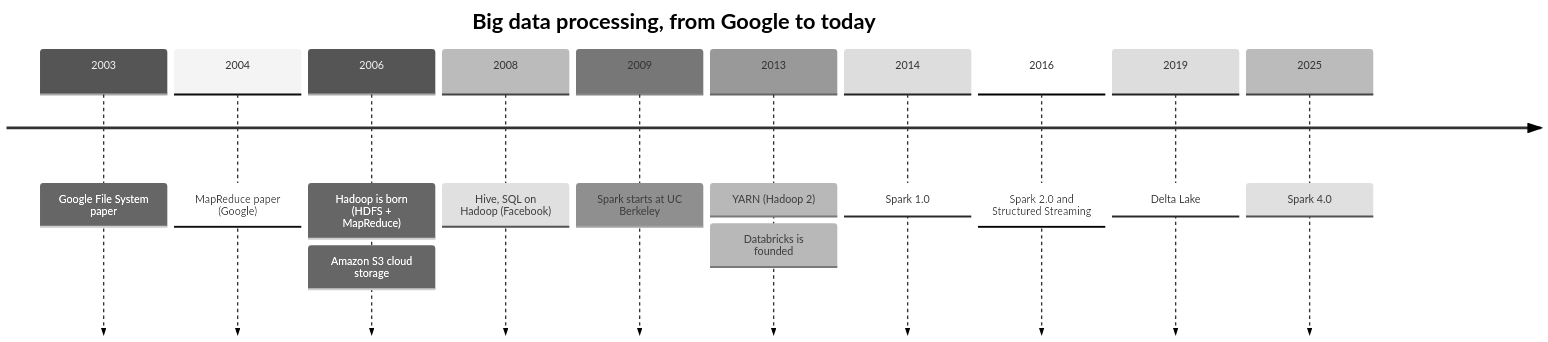
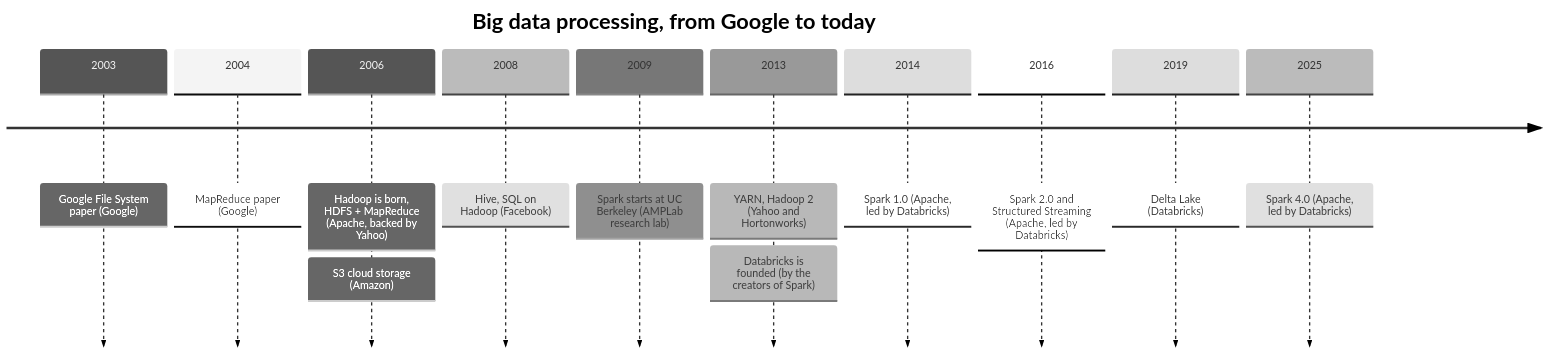
Before and after one commit to Naviden/Introduction-to-Big-Data-and-NoSQL: the fourth of 4 diagrams in lessons/06_big_data_technologies.md, drawn with Mermaid (neutral theme).

Commit message:
add companies to timeline

````diff
--- a/lessons/06_big_data_technologies.md
+++ b/lessons/06_big_data_technologies.md
@@ -289,16 +289,16 @@
 ```mermaid
 timeline
     title Big data processing, from Google to today
-    2003 : Google File System paper
+    2003 : Google File System paper (Google)
     2004 : MapReduce paper (Google)
-    2006 : Hadoop is born (HDFS + MapReduce)
-         : Amazon S3 cloud storage
+    2006 : Hadoop is born, HDFS + MapReduce (Apache, backed by Yahoo)
+         : S3 cloud storage (Amazon)
     2008 : Hive, SQL on Hadoop (Facebook)
-    2009 : Spark starts at UC Berkeley
-    2013 : YARN (Hadoop 2)
-         : Databricks is founded
-    2014 : Spark 1.0
-    2016 : Spark 2.0 and Structured Streaming
-    2019 : Delta Lake
-    2025 : Spark 4.0
+    2009 : Spark starts at UC Berkeley (AMPLab research lab)
+    2013 : YARN, Hadoop 2 (Yahoo and Hortonworks)
+         : Databricks is founded (by the creators of Spark)
+    2014 : Spark 1.0 (Apache, led by Databricks)
+    2016 : Spark 2.0 and Structured Streaming (Apache, led by Databricks)
+    2019 : Delta Lake (Databricks)
+    2025 : Spark 4.0 (Apache, led by Databricks)
 ```
````
